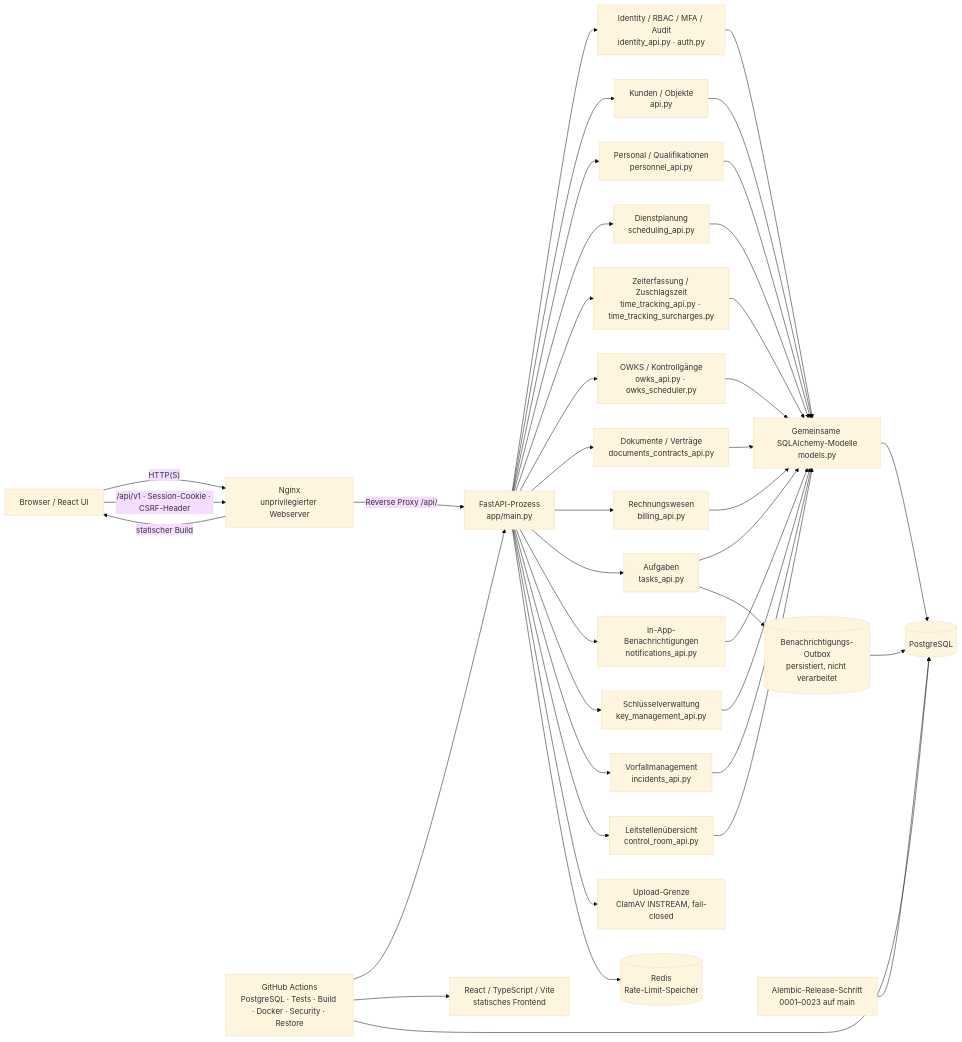
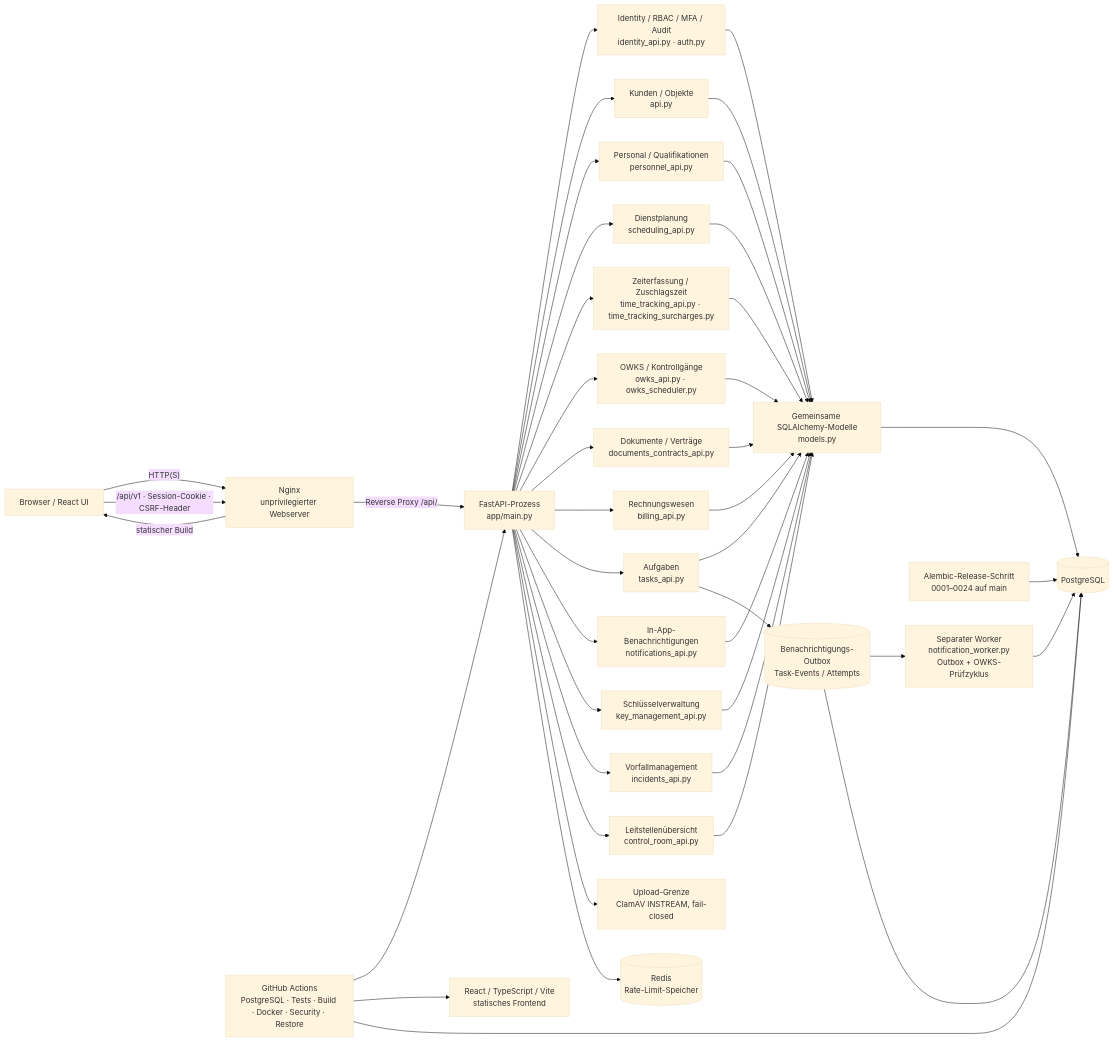
One commit to Debugger-alex/securityops-python changed the diagram in docs/ARCHITECTURE.md. Above: the diagram before and after it, drawn with Mermaid (base theme). The commit also changed other lines of this file and 16 other files, not shown here.

Commit message:
docs: synchronize notification worker main status

````diff
--- a/docs/ARCHITECTURE.md
+++ b/docs/ARCHITECTURE.md
@@ -7,66 +7,69 @@
 ```mermaid
 flowchart LR
     Browser["Browser / React UI"]
     UI["React / TypeScript / Vite<br/>statisches Frontend"]
     Web["Nginx<br/>unprivilegierter Webserver"]
     API["FastAPI-Prozess<br/>app/main.py"]
     Identity["Identity / RBAC / MFA / Audit<br/>identity_api.py · auth.py"]
     Customer["Kunden / Objekte<br/>api.py"]
     People["Personal / Qualifikationen<br/>personnel_api.py"]
     Scheduling["Dienstplanung<br/>scheduling_api.py"]
     Time["Zeiterfassung / Zuschlagszeit<br/>time_tracking_api.py · time_tracking_surcharges.py"]
     OWKS["OWKS / Kontrollgänge<br/>owks_api.py · owks_scheduler.py"]
     Docs["Dokumente / Verträge<br/>documents_contracts_api.py"]
     Billing["Rechnungswesen<br/>billing_api.py"]
     Tasks["Aufgaben<br/>tasks_api.py"]
     Notifications["In-App-Benachrichtigungen<br/>notifications_api.py"]
+    Worker["Separater Worker<br/>notification_worker.py<br/>Outbox + OWKS-Prüfzyklus"]
     Keys["Schlüsselverwaltung<br/>key_management_api.py"]
     Incidents["Vorfallmanagement<br/>incidents_api.py"]
     ControlRoom["Leitstellenübersicht<br/>control_room_api.py"]
-    Outbox[("Benachrichtigungs-Outbox<br/>persistiert, nicht verarbeitet")]
+    Outbox[("Benachrichtigungs-Outbox<br/>Task-Events / Attempts")]
     Scanner["Upload-Grenze<br/>ClamAV INSTREAM, fail-closed"]
     Models["Gemeinsame SQLAlchemy-Modelle<br/>models.py"]
     DB[("PostgreSQL")]
     Redis[("Redis<br/>Rate-Limit-Speicher")]
-    Migrations["Alembic-Release-Schritt<br/>0001–0023 auf main"]
+    Migrations["Alembic-Release-Schritt<br/>0001–0024 auf main"]
     CI["GitHub Actions<br/>PostgreSQL · Tests · Build · Docker · Security · Restore"]
     Browser -->|"HTTP(S)"| Web
     Web -->|"statischer Build"| Browser
     Browser -->|"/api/v1 · Session-Cookie · CSRF-Header"| Web
     Web -->|"Reverse Proxy /api/"| API
     API --> Identity
     API --> Customer
     API --> People
     API --> Scheduling
     API --> Time
     API --> OWKS
     API --> Docs
     API --> Billing
     API --> Tasks
     API --> Notifications
     API --> Keys
     API --> Incidents
     API --> ControlRoom
     API --> Scanner
     Identity --> Models
     Customer --> Models
     People --> Models
     Scheduling --> Models
     Time --> Models
     OWKS --> Models
     Docs --> Models
     Billing --> Models
     Tasks --> Models
     Notifications --> Models
     Keys --> Models
     Incidents --> Models
     ControlRoom --> Models
     Tasks --> Outbox
+    Outbox --> Worker
+    Worker --> DB
     Outbox --> DB
     Models --> DB
     API --> Redis
     Migrations --> DB
     CI --> API
     CI --> UI
     CI --> DB
 ```
````
